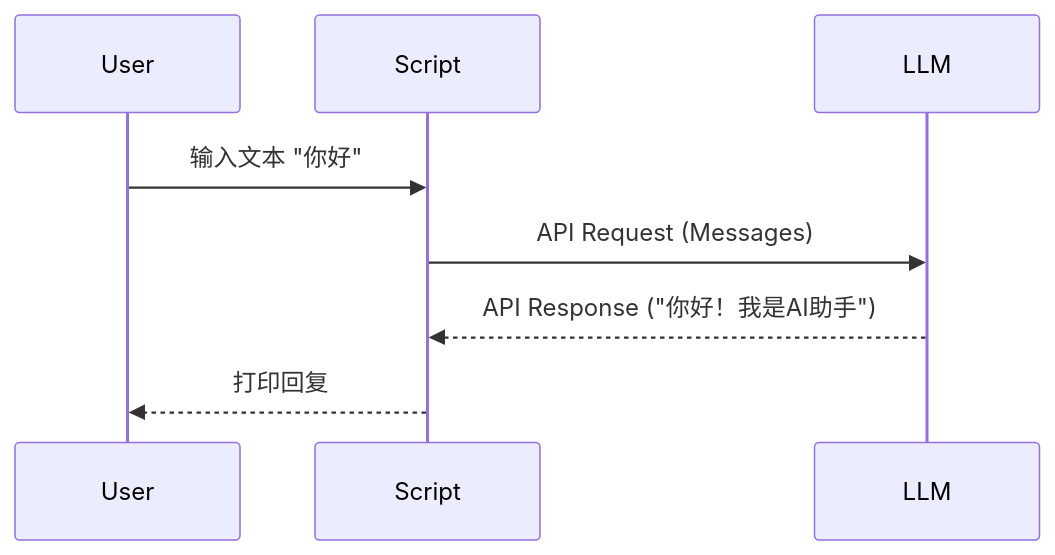
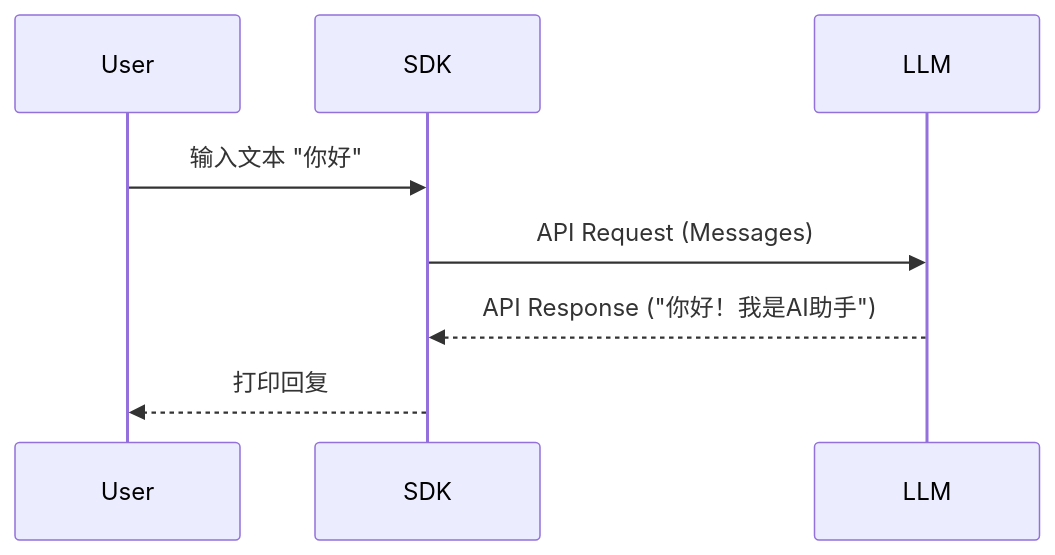
The first of 22 diagrams in tutorial/workshop.md (valkryhx/google_adk_agent), drawn with Mermaid before and after one commit. The commit also changed other lines of this file, not shown here.

````diff
--- a/tutorial/workshop.md
+++ b/tutorial/workshop.md
@@ -148,10 +147,10 @@
 ```mermaid
 sequenceDiagram
     participant User
-    participant Script
+    participant SDK
     participant LLM
-    User->>Script: 输入文本 "你好"
-    Script->>LLM: API Request (Messages)
-    LLM-->>Script: API Response ("你好！我是AI助手")
-    Script-->>User: 打印回复
+    User->>SDK: 输入文本 "你好"
+    SDK->>LLM: API Request (Messages)
+    LLM-->>SDK: API Response ("你好！我是AI助手")
+    SDK-->>User: 打印回复
 ```
````
